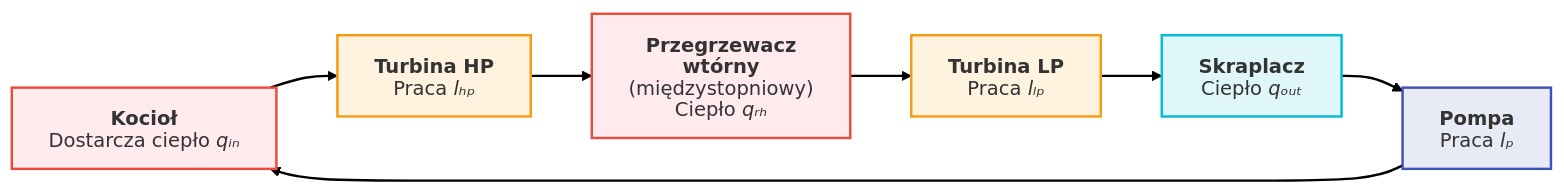
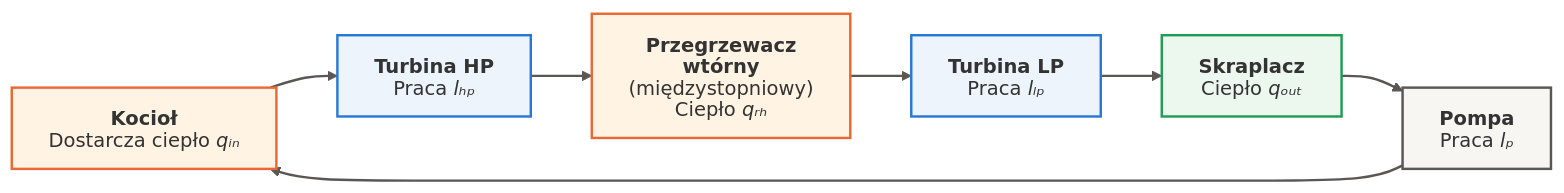
The third of 3 diagrams in Wyklady/10_Obiegi_Parowe.qmd (moondec/Termodynamika), drawn with Mermaid before and after one commit. The commit also changed other lines of this file and 229 other files, not shown here.

````diff
--- a/Wyklady/10_Obiegi_Parowe.qmd
+++ b/Wyklady/10_Obiegi_Parowe.qmd
@@ -726,28 +707,28 @@
 ```{mermaid}
 %%| fig-align: center
 %%{init: {'theme': 'default', 'flowchart': {'htmlLabels': false, 'wrappingWidth': 400, 'subGraphTitleMargin': {'top': 6, 'bottom': 16}}, 'themeVariables': {'fontSize': '16px', 'fontFamily': 'Arial, Helvetica, sans-serif'}, 'htmlLabels': false}}%%
 flowchart LR
     K["`**Kocioł**
 Dostarcza ciepło *qᵢₙ*`"] --> HP["`**Turbina HP**
 Praca *lₕₚ*`"]
     HP --> K2["`**Przegrzewacz**
 **wtórny**
 (międzystopniowy)
 Ciepło *qᵣₕ*`"]
     K2 --> LP["`**Turbina LP**
 Praca *lₗₚ*`"]
     LP --> S["`**Skraplacz**
 Ciepło *qₒᵤₜ*`"]
     S --> P["`**Pompa**
 Praca *lₚ*`"]
     P --> K
     
-    style K fill:#ffebee,stroke:#e74c3c,stroke-width:2px
-    style K2 fill:#ffebee,stroke:#e74c3c,stroke-width:2px
-    style HP fill:#fff3e0,stroke:#f39c12,stroke-width:2px
-    style LP fill:#fff3e0,stroke:#f39c12,stroke-width:2px
-    style S fill:#e0f7fa,stroke:#00bcd4,stroke-width:2px
-    style P fill:#e8eaf6,stroke:#3f51b5,stroke-width:2px
-    
-    linkStyle default stroke-width:2px,fill:none,stroke:black
+    style K fill:#fff4e3,stroke:#eb6834,stroke-width:2px
+    style K2 fill:#fff4e3,stroke:#eb6834,stroke-width:2px
+    style HP fill:#eef4fb,stroke:#2a78d6,stroke-width:2px
+    style LP fill:#eef4fb,stroke:#2a78d6,stroke-width:2px
+    style S fill:#ecf7ee,stroke:#1f9d55,stroke-width:2px
+    style P fill:#f7f6f3,stroke:#5a5753,stroke-width:2px
+
+    linkStyle default stroke-width:2px,fill:none,stroke:#5a5753
 ```
````
